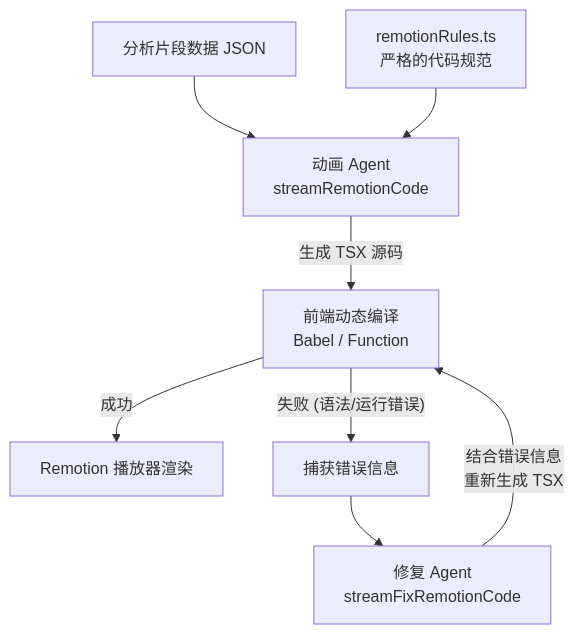
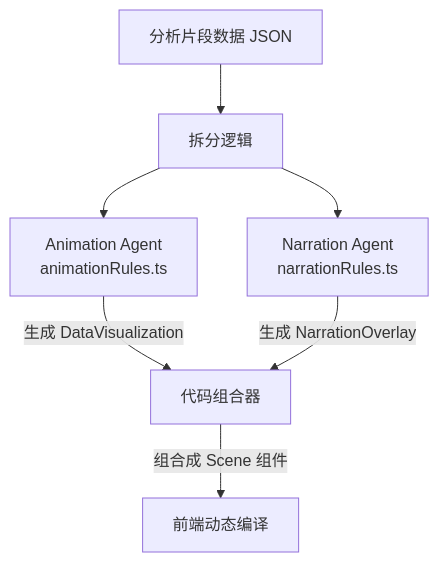
One commit to Yi-Shi-QY/MatchFlow-baseline changed the diagram in 动画Agent修改指南.md. Above: the diagram before and after it, drawn with Mermaid. The commit also changed other lines of this file and 26 other files, not shown here.

````diff
--- a/动画Agent修改指南.md
+++ b/动画Agent修改指南.md
@@ -13,13 +19,12 @@
 ```mermaid
 graph TD
-    SegmentData[分析片段数据 JSON] --> RemotionAgent[动画 Agent<br>streamRemotionCode]
-    Rules[remotionRules.ts<br>严格的代码规范] --> RemotionAgent
+    SegmentData[分析片段数据 JSON] --> SplitLogic[拆分逻辑]
     
-    RemotionAgent -- 生成 TSX 源码 --> Compiler[前端动态编译<br>Babel / Function]
+    SplitLogic --> AnimAgent[Animation Agent<br>animationRules.ts]
+    SplitLogic --> NarrAgent[Narration Agent<br>narrationRules.ts]
     
-    Compiler -- 成功 --> Render[Remotion 播放器渲染]
-    Compiler -- 失败 (语法/运行错误) --> ErrorLog[捕获错误信息]
+    AnimAgent -- 生成 DataVisualization --> Combiner[代码组合器]
+    NarrAgent -- 生成 NarrationOverlay --> Combiner
     
-    ErrorLog --> FixAgent[修复 Agent<br>streamFixRemotionCode]
-    FixAgent -- 结合错误信息<br>重新生成 TSX --> Compiler
+    Combiner -- 组合成 Scene 组件 --> Compiler[前端动态编译]
 ```
````
